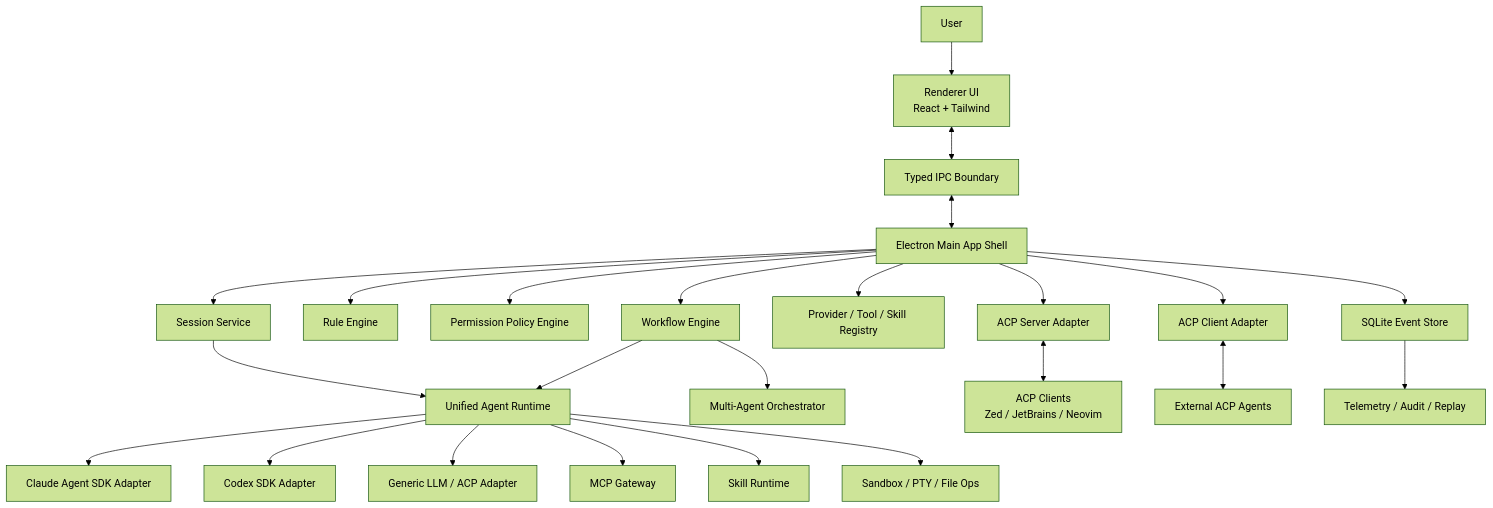
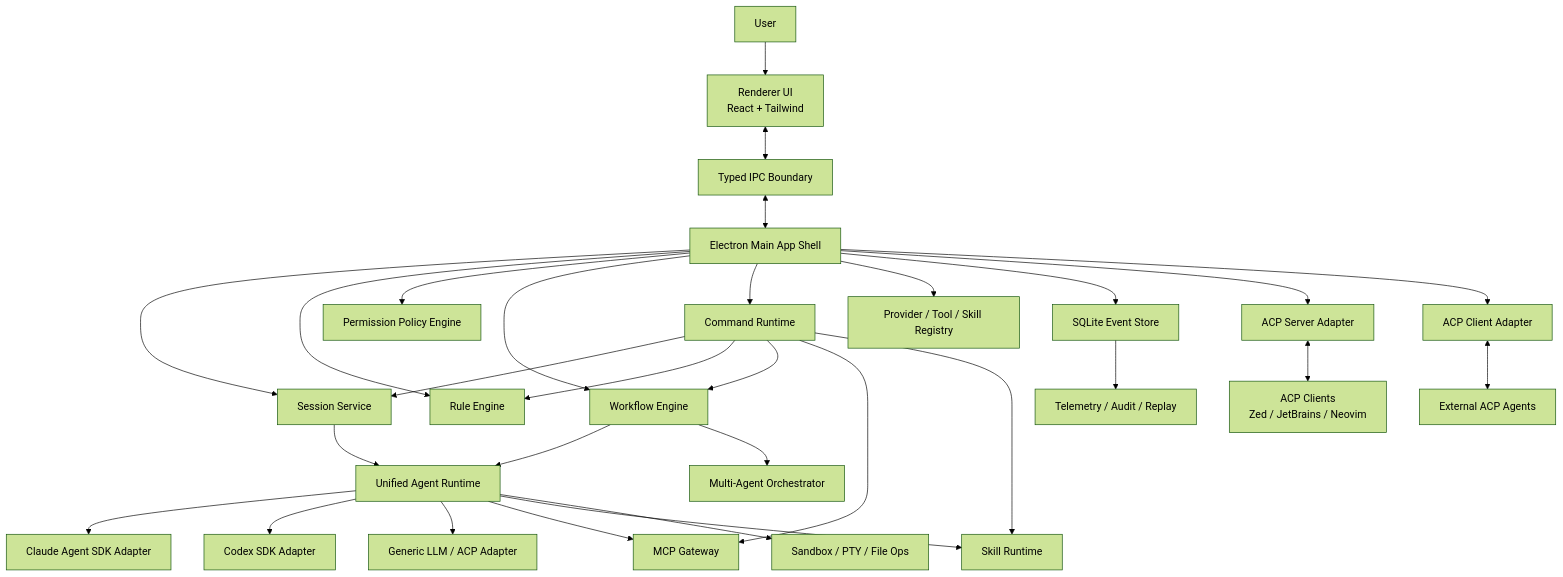
One commit to alexanderizh/spark-agent changed the first of 4 diagrams in docs/desktop-agent-development-guide.md. Above: the diagram before and after it, drawn with Mermaid (forest theme). The commit also changed other lines of this file and 32 other files, not shown here.

````diff
--- a/docs/desktop-agent-development-guide.md
+++ b/docs/desktop-agent-development-guide.md
@@ -130,32 +156,38 @@
 ```mermaid
 flowchart TB
   User["User"] --> UI["Renderer UI<br/>React + Tailwind"]
   UI <--> IPC["Typed IPC Boundary"]
   IPC <--> App["Electron Main App Shell"]
 
   App --> Session["Session Service"]
   App --> Rule["Rule Engine"]
   App --> Policy["Permission Policy Engine"]
   App --> Workflow["Workflow Engine"]
+  App --> Command["Command Runtime"]
   App --> Registry["Provider / Tool / Skill Registry"]
   App --> Store["SQLite Event Store"]
 
   Session --> AgentRuntime["Unified Agent Runtime"]
   AgentRuntime --> ClaudeAdapter["Claude Agent SDK Adapter"]
   AgentRuntime --> CodexAdapter["Codex SDK Adapter"]
   AgentRuntime --> GenericAdapter["Generic LLM / ACP Adapter"]
 
   AgentRuntime --> MCP["MCP Gateway"]
   AgentRuntime --> Skills["Skill Runtime"]
   AgentRuntime --> Sandbox["Sandbox / PTY / File Ops"]
 
+  Command --> Session
+  Command --> Rule
+  Command --> Workflow
+  Command --> MCP
+  Command --> Skills
   Workflow --> AgentRuntime
   Workflow --> MultiAgent["Multi-Agent Orchestrator"]
 
   App --> ACPServer["ACP Server Adapter"]
   App --> ACPClient["ACP Client Adapter"]
   ACPServer <--> ExternalEditors["ACP Clients<br/>Zed / JetBrains / Neovim"]
   ACPClient <--> ExternalAgents["External ACP Agents"]
 
   Store --> Observability["Telemetry / Audit / Replay"]
 ```
````
